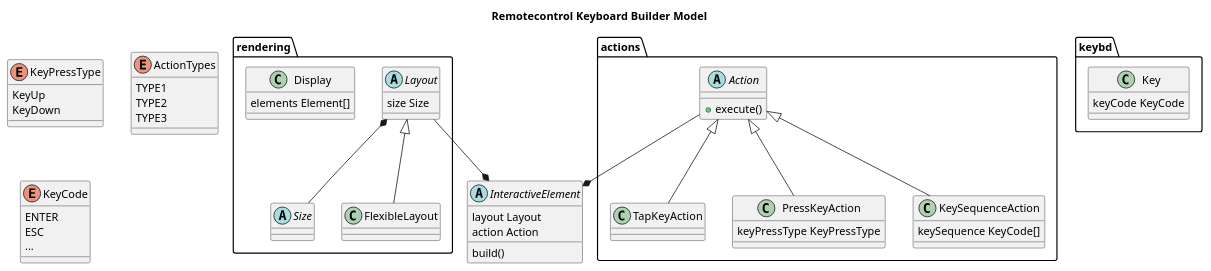
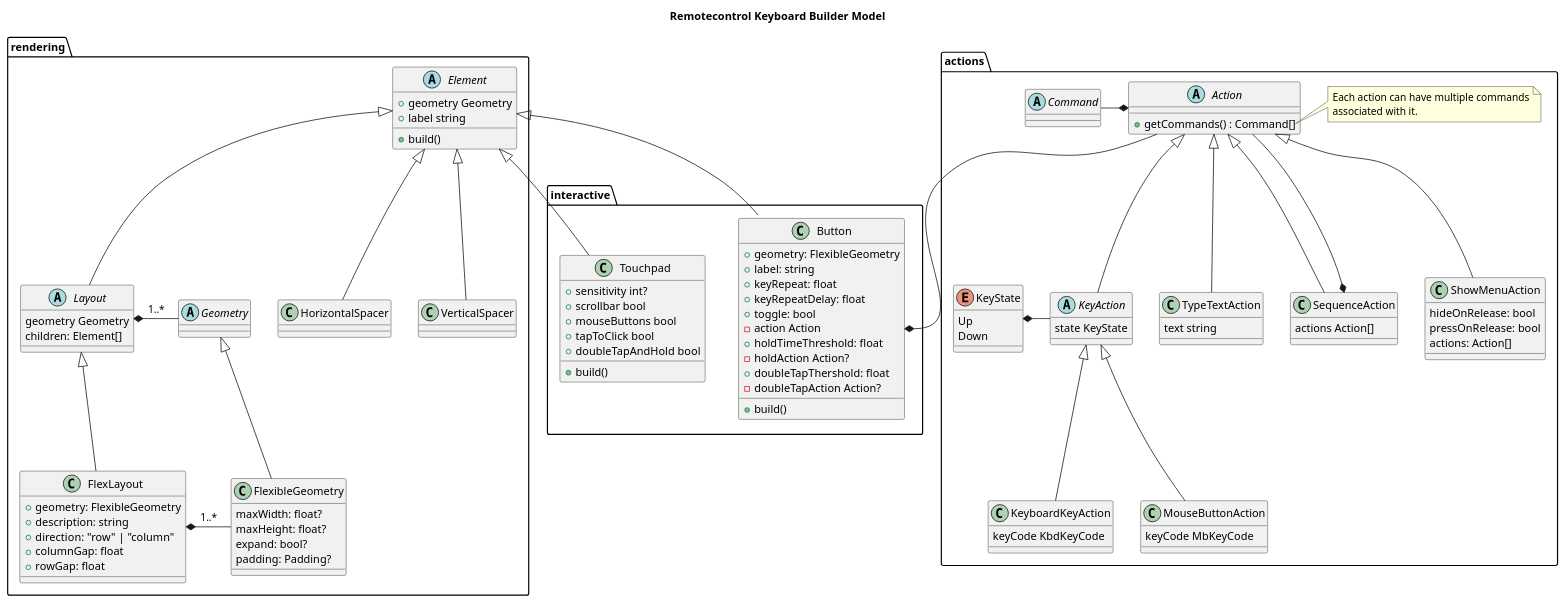
The second of 2 diagrams in architecture/model.puml (falleng0d/remoteinputserver), drawn with PlantUML before and after one commit. The commit also changed other lines of this file, not shown here.

Commit message:
wip: model.puml and keyboard_layout.yaml

```diff
--- a/architecture/model.puml
+++ b/architecture/model.puml
@@ -51,92 +51,145 @@
 @startuml
 
 title Remotecontrol Keyboard Builder Model
 'The aim of this model is make it possible build a serializable keyboard layout
 'The keyboad layout is a tree of keys and layout elements
 'Some key types are:
 ' - KeyboardKey: a key that sends a keyboard key key code
 ' - MouseKey: a key that sends a mouse key key code
 ' - MouseMoveKey: a key that sends a mouse move key code and move delta
 ' - KeySequence: a key composed of other keys
 'Some layout elements are:
 ' - HorizontalSpacer
 ' - VerticalSpacer
 ' -
 'Serializable hierarchical
 
-'Enums
-enum KeyPressType {
-	KeyUp
-	KeyDown
-}
-enum ActionTypes {
-	TYPE1
-	TYPE2
-	TYPE3
-}
-enum KeyCode  {
-	ENTER
-	ESC
-	...
-}
+package rendering {
+	abstract class Geometry {}
+	'element is a displayable control that can be added to a container
+  abstract class Element {
+  	+geometry Geometry
+  	+label string
 
-package rendering {
-	abstract class Size {}
+  	+build()
+  }
 	abstract class Layout {
-		size Size
+		geometry Geometry
+		children: Element[]
 	}
 
-	class Display {
-		elements Element[]
+	class FlexibleGeometry {
+		maxWidth: float?
+    maxHeight: float?
+    expand: bool?
+    padding: Padding?
 	}
 
-	class FlexibleLayout {}
+	class FlexLayout {
+		+geometry: FlexibleGeometry
+		+description: string
+    +direction: "row" | "column"
+    +columnGap: float
+    +rowGap: float
+	}
+
+	class HorizontalSpacer {}
+	class VerticalSpacer {}
 
 	'Relationships
-	Layout <|-- FlexibleLayout
-	Layout *-- Size
+	Element <|-- Layout
+	Layout <|-- FlexLayout
+	Layout *- Geometry : "1..*"
+	Geometry <|-- FlexibleGeometry
+	FlexLayout *- FlexibleGeometry : "1..*"
+	Element <|-- HorizontalSpacer
+	Element <|-- VerticalSpacer
 }
 
 package actions {
 	'action is the base class for all actions
+	abstract class Command {}
+
 	abstract class Action {
-		+execute()
+		+getCommands() : Command[]
+	}
+	note right of Action::getCommands
+		Each action can have multiple commands
+		associated with it.
+	end note
+
+	class SequenceAction {
+		actions Action[]
 	}
 
-	class TapKeyAction {}
-
-	class PressKeyAction {
-		keyPressType KeyPressType
+	enum KeyState {
+		Up
+		Down
 	}
 
-	class KeySequenceAction {
-		keySequence KeyCode[]
+	abstract class KeyAction {
+		state KeyState
 	}
 
-  Action <|-- TapKeyAction
-  Action <|-- PressKeyAction
-  Action <|-- KeySequenceAction
+	class KeyboardKeyAction {
+		keyCode KbdKeyCode
+	}
+
+	class MouseButtonAction {
+		keyCode MbKeyCode
+	}
+
+	class TypeTextAction {
+  	text string
+  }
+
+  class ShowMenuAction {
+    hideOnRelease: bool
+    pressOnRelease: bool
+    actions: Action[]
+  }
+
+  Action <|-- TypeTextAction
+  Action <|-- SequenceAction
+  Action <|-- ShowMenuAction
+  Command -* Action
+  Action --* SequenceAction
+  Action <|-- KeyAction
+  KeyAction <|-- KeyboardKeyAction
+  KeyAction <|-- MouseButtonAction
+	KeyState *- KeyAction
 }
 
-package keybd {
-	class Key {
-		keyCode KeyCode
+package interactive {
+	class Button {
+		+geometry: FlexibleGeometry
+		+label: string
+		+keyRepeat: float
+	  +keyRepeatDelay: float
+	  +toggle: bool
+	  -action Action
+		+holdTimeThreshold: float
+	  -holdAction Action?
+	  +doubleTapThershold: float
+	  -doubleTapAction Action?
+
+		+build()
 	}
+	class Touchpad {
+		+sensitivity int?
+		+scrollbar bool
+		+mouseButtons bool
+		+tapToClick bool
+		+doubleTapAndHold bool
+
+		+build()
+	}
+
+
+	'Relationships
+	Action --* Button::action
+	Element <|-- Button
+	Element <|-- Touchpad
 }
 
-'element is a displayable control that can be added to a container
-abstract class InteractiveElement {
-	layout Layout
-	action Action
-
-	build()
-}
-
-'Relationships
-Action --* InteractiveElement
-
-Layout --* InteractiveElement
-
-
-
 @enduml
```
